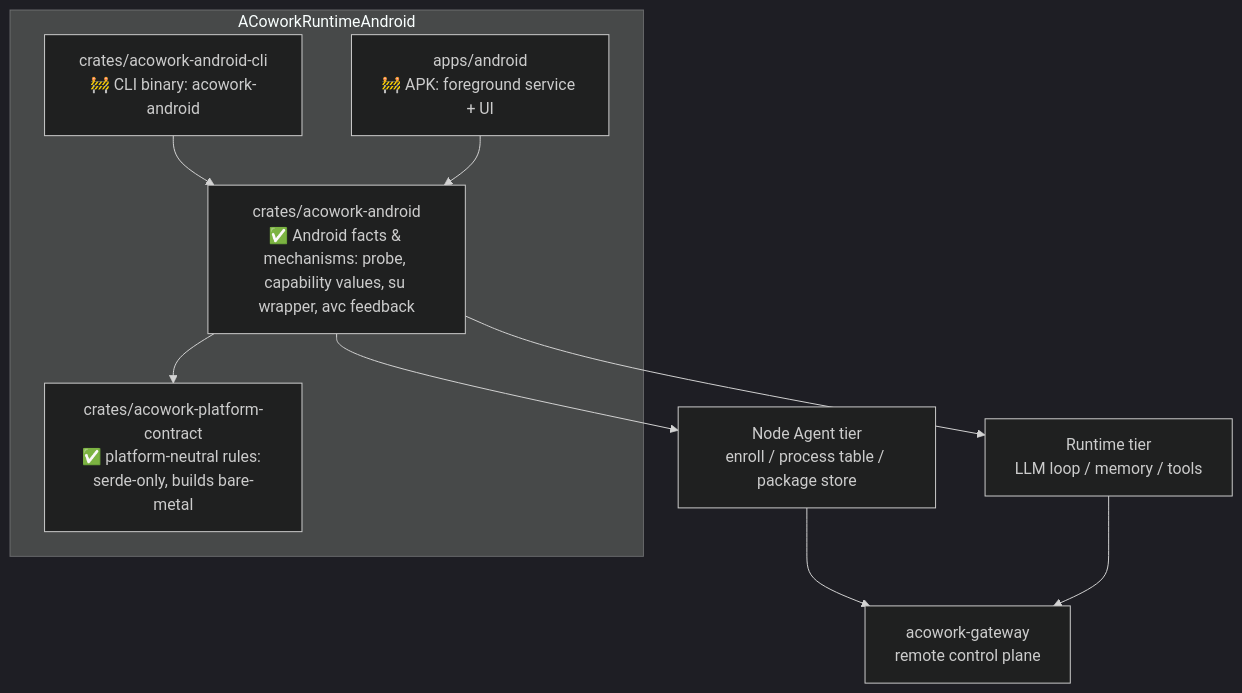
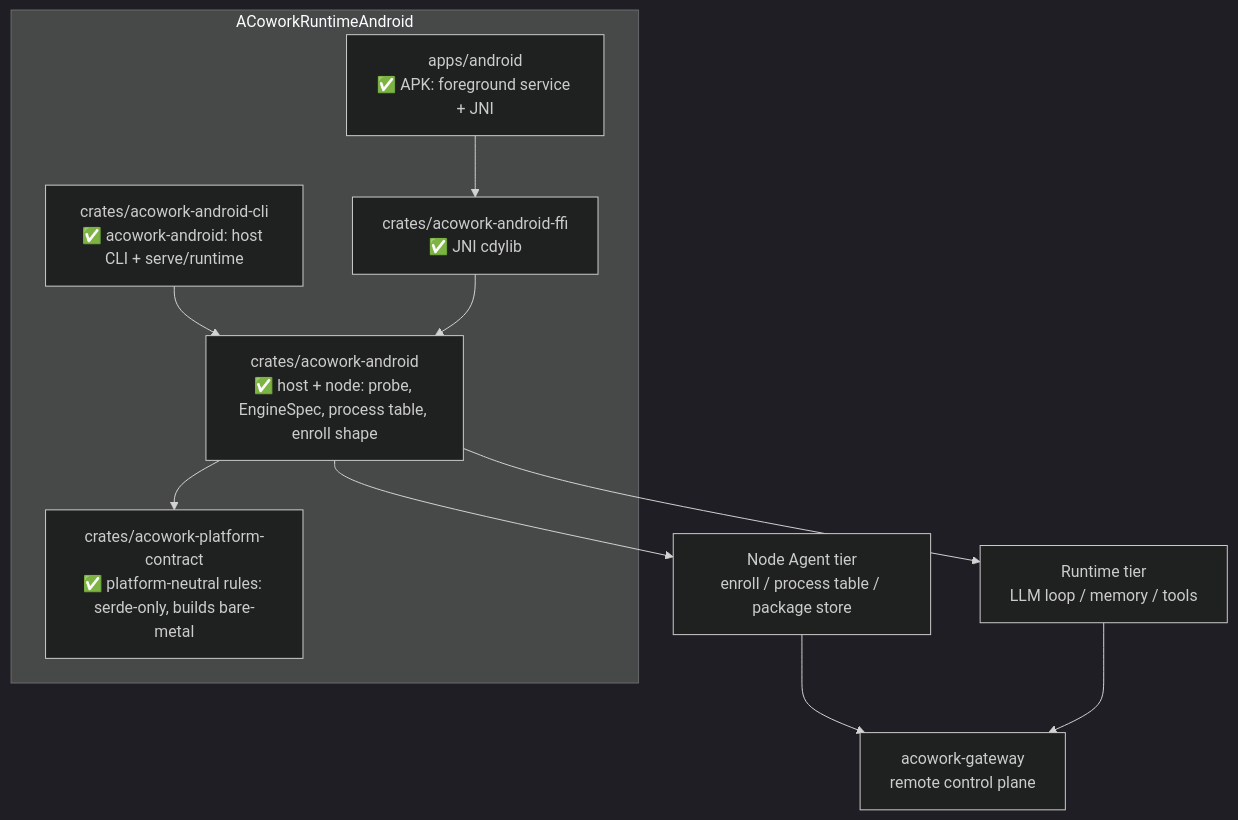
The diagram in README.md (acowork/ACoworkRuntimeAndroid), drawn with Mermaid (dark theme) before and after one commit. The commit also changed other lines of this file and 423 other files, not shown here.

First line of the commit message:
android host: the phone stays a node, and its sdcard workspace can be listed

````diff
--- a/README.md
+++ b/README.md
@@ -147,20 +157,22 @@
 ```mermaid
 graph TD
     subgraph Repo["ACoworkRuntimeAndroid"]
         Contract["crates/acowork-platform-contract<br/>✅ platform-neutral rules: serde-only, builds bare-metal"]
-        Lib["crates/acowork-android<br/>✅ Android facts & mechanisms: probe, capability values, su wrapper, avc feedback"]
-        Cli["crates/acowork-android-cli<br/>🚧 CLI binary: acowork-android"]
-        App["apps/android<br/>🚧 APK: foreground service + UI"]
+        Lib["crates/acowork-android<br/>✅ host + node: probe, EngineSpec, process table, enroll shape"]
+        Cli["crates/acowork-android-cli<br/>✅ acowork-android: host CLI + serve/runtime"]
+        App["apps/android<br/>✅ APK: foreground service + JNI"]
+        Ffi["crates/acowork-android-ffi<br/>✅ JNI cdylib"]
     end
     Node["Node Agent tier<br/>enroll / process table / package store"]
     Rt["Runtime tier<br/>LLM loop / memory / tools"]
     Gw["acowork-gateway<br/>remote control plane"]
 
     Cli --> Lib
-    App --> Lib
+    App --> Ffi
+    Ffi --> Lib
     Lib --> Contract
     Lib --> Node
     Lib --> Rt
     Node --> Gw
     Rt --> Gw
 ```
````
